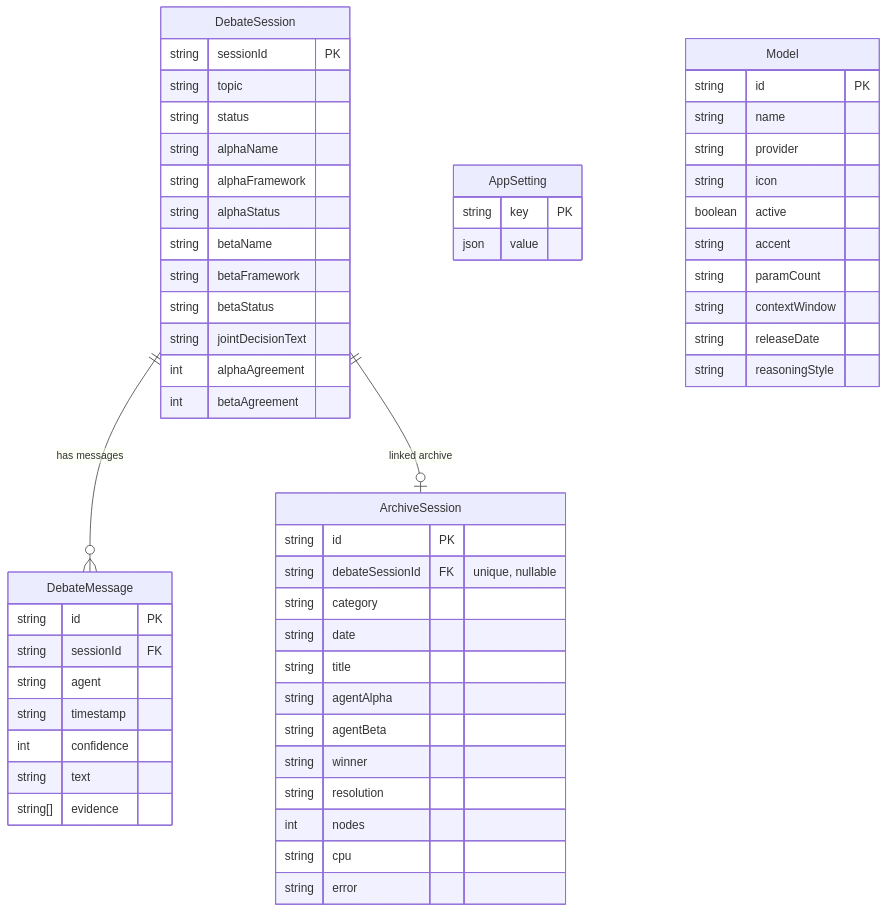
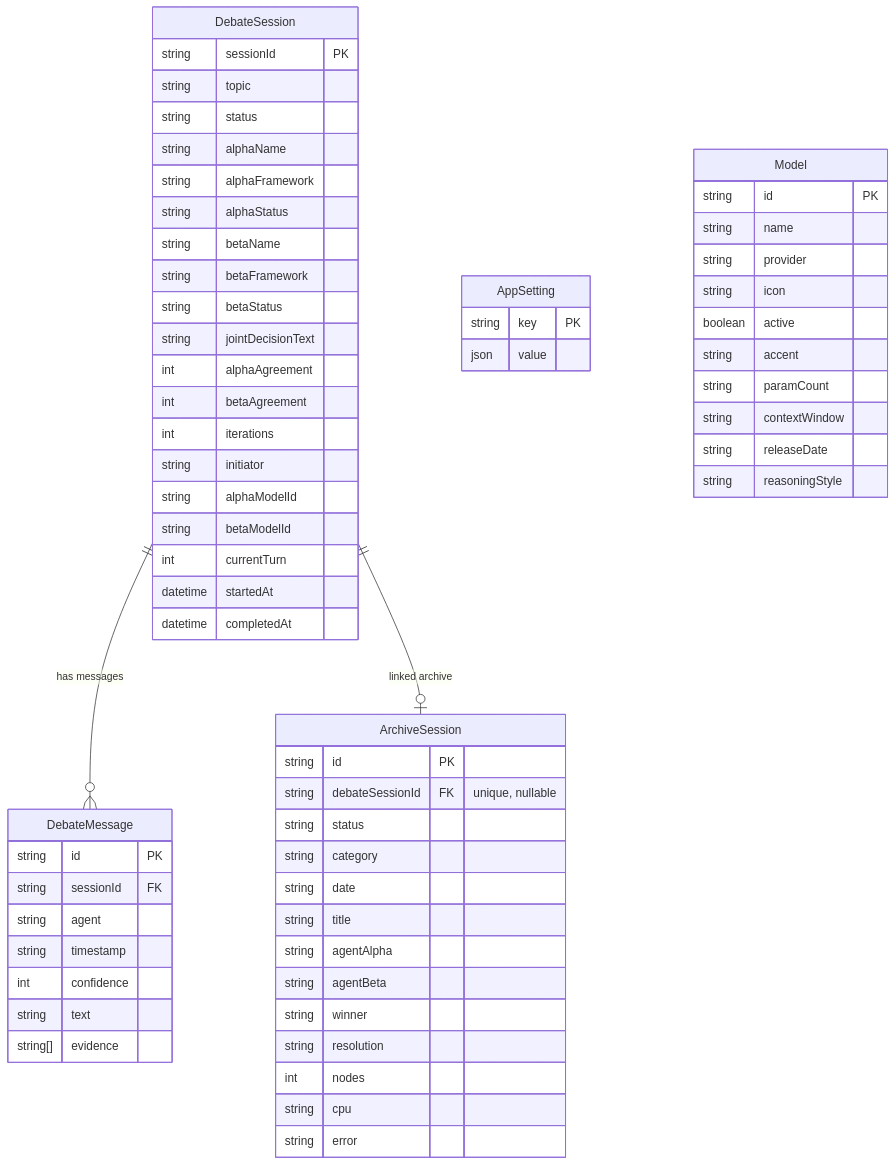
The diagram in AGENTS.md (StepanovTV/logos-ai), drawn with Mermaid before and after one commit. The commit also changed other lines of this file and 17 other files, not shown here.

First line of the commit message:
Add debate config persistence, archive lifecycle status, and consolidated schema migration.

````diff
--- a/AGENTS.md
+++ b/AGENTS.md
@@ -122,63 +127,71 @@
 ```mermaid
 erDiagram
     DebateSession ||--o{ DebateMessage : "has messages"
     DebateSession ||--o| ArchiveSession : "linked archive"
 
     AppSetting {
         string key PK
         json value
     }
 
     Model {
         string id PK
         string name
         string provider
         string icon
         boolean active
         string accent
         string paramCount
         string contextWindow
         string releaseDate
         string reasoningStyle
     }
 
     DebateSession {
         string sessionId PK
         string topic
         string status
         string alphaName
         string alphaFramework
         string alphaStatus
         string betaName
         string betaFramework
         string betaStatus
         string jointDecisionText
         int alphaAgreement
         int betaAgreement
+        int iterations
+        string initiator
+        string alphaModelId
+        string betaModelId
+        int currentTurn
+        datetime startedAt
+        datetime completedAt
     }
 
     DebateMessage {
         string id PK
         string sessionId FK
         string agent
         string timestamp
         int confidence
         string text
         string[] evidence
     }
 
     ArchiveSession {
         string id PK
         string debateSessionId FK "unique, nullable"
+        string status
         string category
         string date
         string title
         string agentAlpha
         string agentBeta
         string winner
         string resolution
         int nodes
         string cpu
         string error
     }
 ```
````
